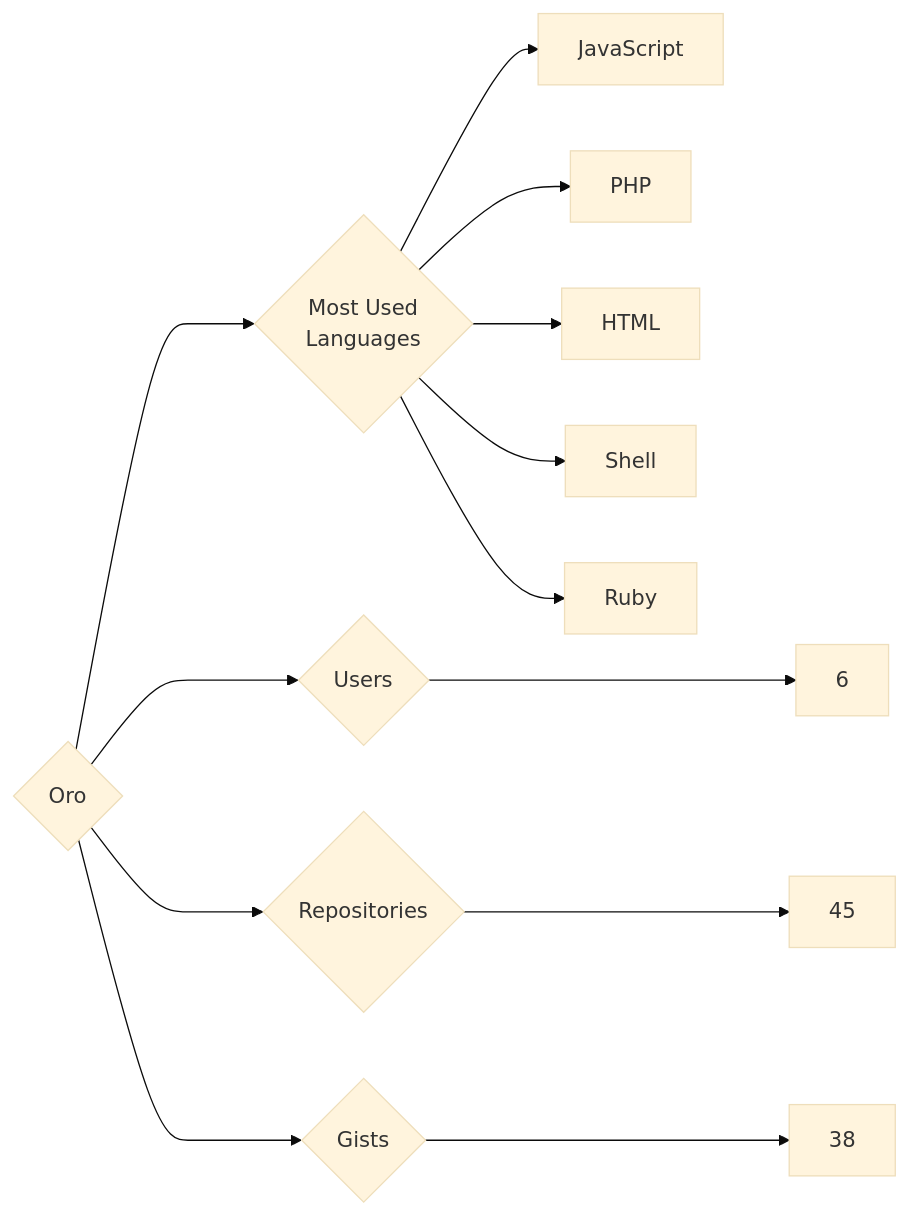
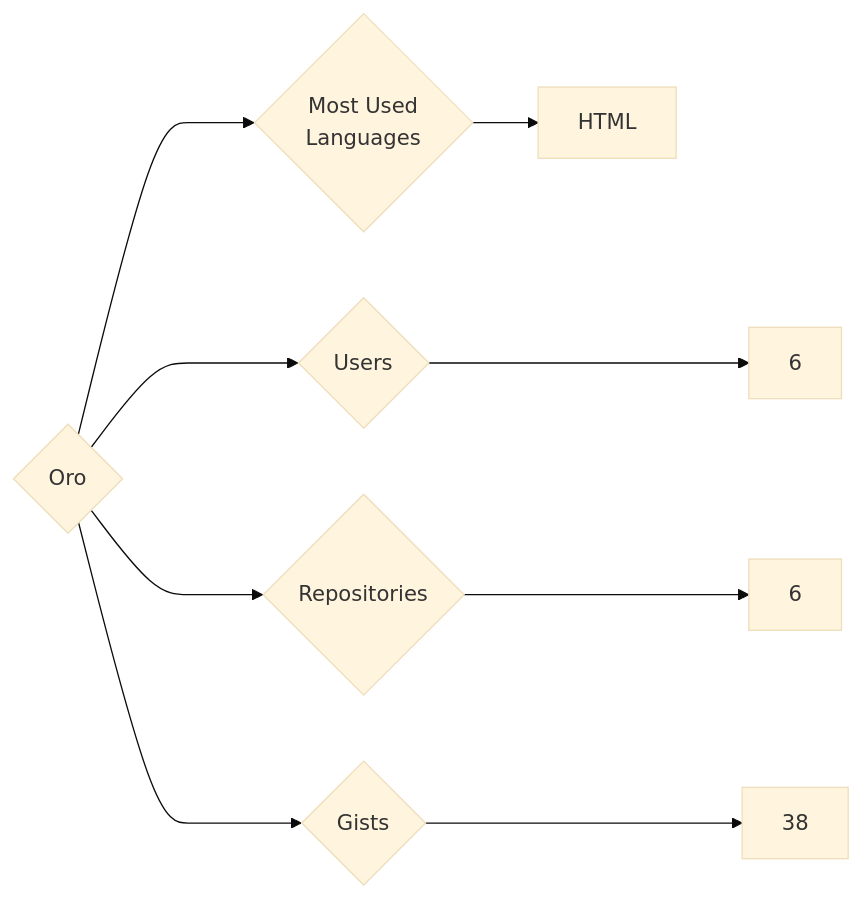
One commit to trickest/insiders changed the diagram in targets/Oro/README.md. Above: the diagram before and after it, drawn with Mermaid (base theme). The commit also changed 912 other files, not shown here.

````diff
--- a/targets/Oro/README.md
+++ b/targets/Oro/README.md
@@ -3,13 +3,9 @@
 ```mermaid
 graph LR
 COMPANY_NAME{Oro}
 COMPANY_NAME ---> U{Users} ---> UN[6]
-COMPANY_NAME ---> R{Repositories} ---> RN[45]
+COMPANY_NAME ---> R{Repositories} ---> RN[6]
 COMPANY_NAME ---> G{Gists} ---> GN[38]
 COMPANY_NAME ---> ML{Most Used<br>Languages}
-ML --> JavaScript[JavaScript]
-ML --> PHP[PHP]
 ML --> HTML[HTML]
-ML --> Shell[Shell]
-ML --> Ruby[Ruby]
 ```
````
